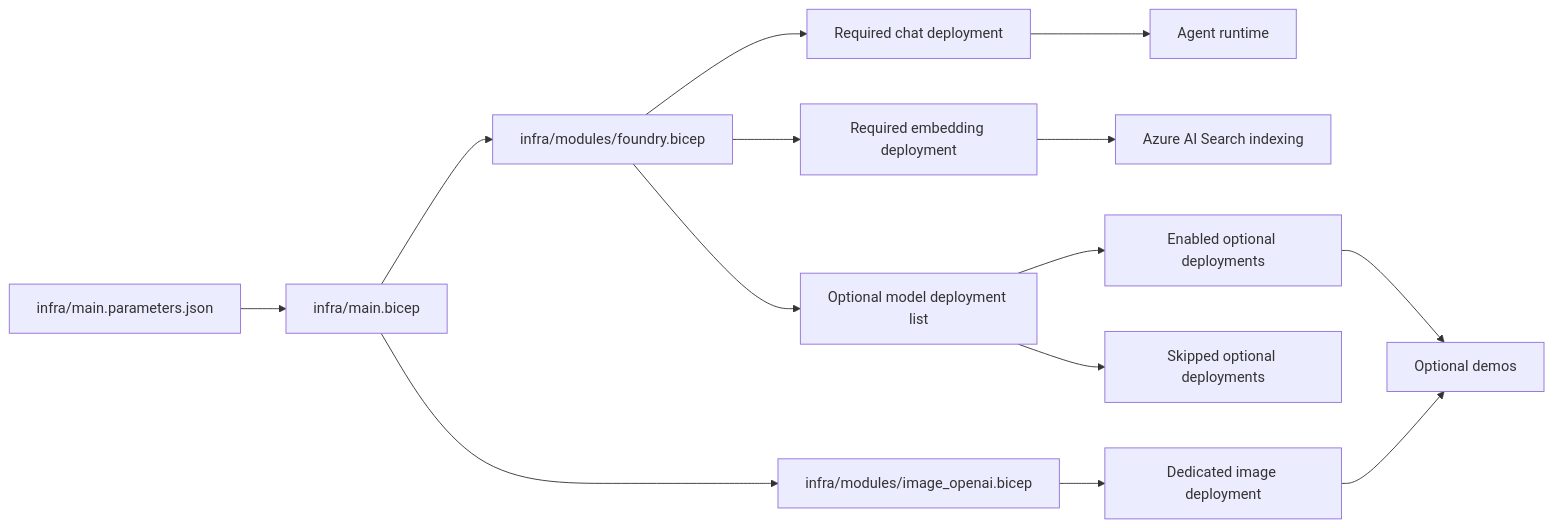
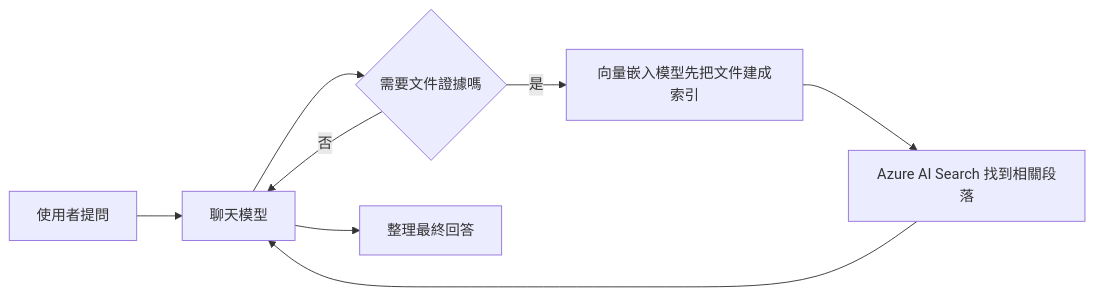
Before and after one commit to payton-chou-ms/e2e-ms-foundry-workshop: the diagram in workshop/docs/03-understand/00-foundry-model.md, drawn with Mermaid. The commit also changed other lines of this file and 21 other files, not shown here.

````diff
--- a/workshop/docs/03-understand/00-foundry-model.md
+++ b/workshop/docs/03-understand/00-foundry-model.md
@@ -33,16 +40,10 @@
 ```mermaid
 flowchart LR
-    A[infra/main.parameters.json] --> B[infra/main.bicep]
-    B --> C[infra/modules/foundry.bicep]
-    B --> C2[infra/modules/image_openai.bicep]
-    C --> D[Required chat deployment]
-    C --> E[Required embedding deployment]
-    C --> F[Optional model deployment list]
-    F --> G[Enabled optional deployments]
-    F --> H[Skipped optional deployments]
-    C2 --> I2[Dedicated image deployment]
-    D --> I[Agent runtime]
-    E --> J[Azure AI Search indexing]
-    G --> K[Optional demos]
-    I2 --> K
+    A[使用者提問] --> B[聊天模型]
+    B --> C{需要文件證據嗎}
+    C -->|是| D[向量嵌入模型先把文件建成索引]
+    D --> E[Azure AI Search 找到相關段落]
+    E --> B
+    C -->|否| B
+    B --> F[整理最終回答]
 ```
````
